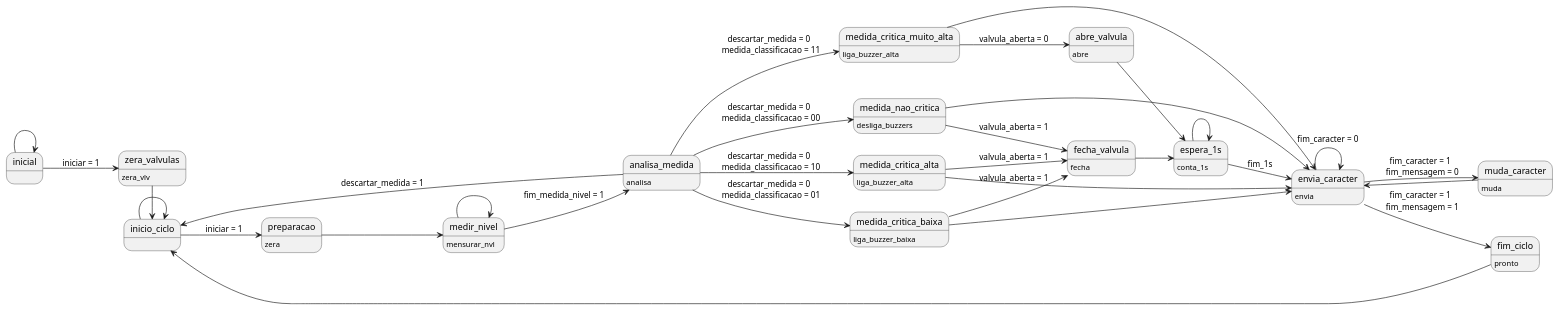
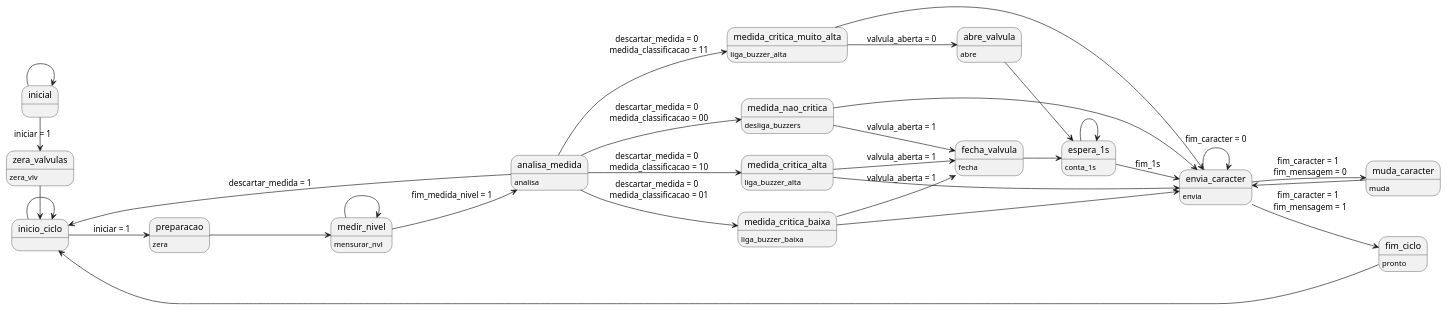
Before and after one commit to migs39/aqua: the diagram in Projeto/statemMachine.puml, drawn with PlantUML.

```diff
--- a/Projeto/statemMachine.puml
+++ b/Projeto/statemMachine.puml
@@ -1,51 +1,51 @@
 @startuml StateMachine
 left to right direction
 state inicial
 state zera_valvulas : zera_vlv
 state inicio_ciclo
 state preparacao : zera
 state medir_nivel : mensurar_nvl
 state analisa_medida : analisa
 state medida_critica_baixa : liga_buzzer_baixa
 state medida_critica_alta : liga_buzzer_alta
 state medida_critica_muito_alta : liga_buzzer_alta
 state medida_nao_critica : desliga_buzzers
 state abre_valvula : abre
 state fecha_valvula : fecha
 state espera_1s : conta_1s
 state envia_caracter : envia
 state muda_caracter : muda
 state fim_ciclo : pronto
 
 inicial --> inicial
-inicial --> zera_valvulas : iniciar = 1
+inicial -right-> zera_valvulas : iniciar = 1
 zera_valvulas -right-> inicio_ciclo
 inicio_ciclo --> inicio_ciclo
 inicio_ciclo --> preparacao : iniciar = 1
 preparacao --> medir_nivel
 medir_nivel --> medir_nivel
 medir_nivel --> analisa_medida : fim_medida_nivel = 1
 analisa_medida --> inicio_ciclo : descartar_medida = 1
 analisa_medida --> medida_nao_critica : descartar_medida = 0 \n medida_classificacao = 00
 analisa_medida --> medida_critica_baixa : descartar_medida = 0 \n medida_classificacao = 01
 analisa_medida --> medida_critica_alta : descartar_medida = 0 \n medida_classificacao = 10
 analisa_medida -right-> medida_critica_muito_alta : descartar_medida = 0 \n medida_classificacao = 11
 medida_nao_critica --> fecha_valvula : valvula_aberta = 1
 medida_critica_alta --> fecha_valvula : valvula_aberta = 1
 medida_critica_baixa --> fecha_valvula : valvula_aberta = 1
 medida_critica_muito_alta --> abre_valvula : valvula_aberta = 0
 abre_valvula --> espera_1s
 fecha_valvula --> espera_1s
 espera_1s --> espera_1s
 espera_1s --> envia_caracter : fim_1s 
 medida_nao_critica --> envia_caracter
 medida_critica_alta --> envia_caracter
 medida_critica_baixa --> envia_caracter
 medida_critica_muito_alta --> envia_caracter
 envia_caracter --> envia_caracter : fim_caracter = 0
 envia_caracter --> muda_caracter : fim_caracter = 1 \n fim_mensagem = 0
 muda_caracter --> envia_caracter
 envia_caracter --> fim_ciclo : fim_caracter = 1 \n fim_mensagem = 1
 fim_ciclo --> inicio_ciclo
 
 @enduml
```
